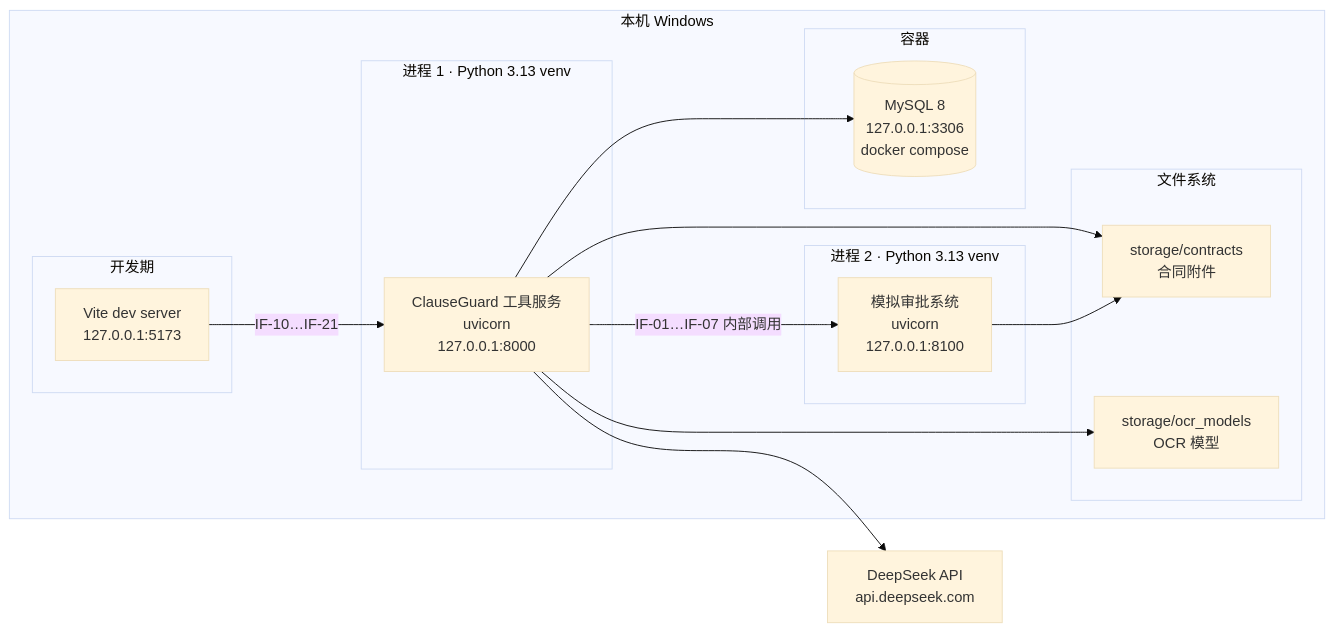
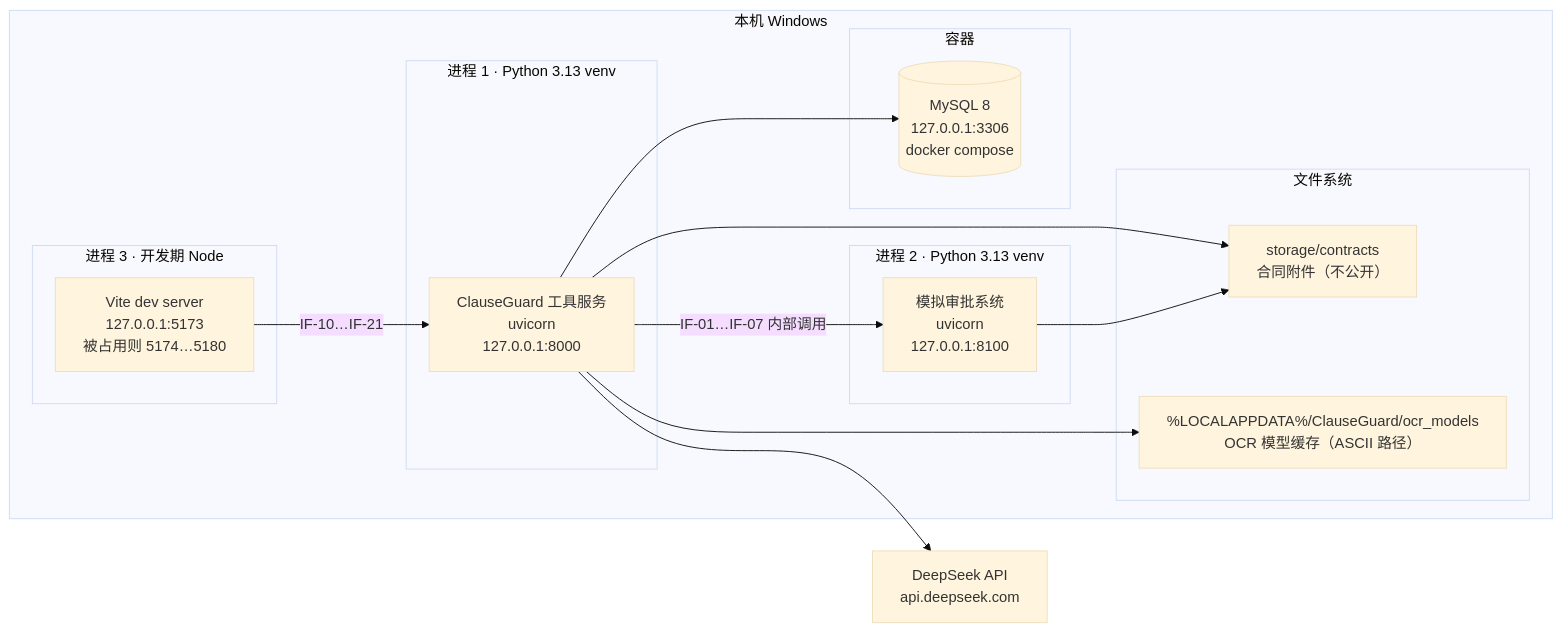
The second of 15 diagrams in docs/架构图.md (lihaozhen-max/ClauseGuard), drawn with Mermaid (base theme) before and after one commit. The commit also changed other lines of this file and 2 other files, not shown here.

First line of the commit message:
docs(架构): 架构图同步到 v1.1 —— 加"给小白"的讲解层 + 修正 7 处与代码脱节

````diff
--- a/docs/架构图.md
+++ b/docs/架构图.md
@@ -137,30 +235,30 @@
 ```mermaid
 flowchart LR
     subgraph HOST["本机 Windows"]
         subgraph P1["进程 1 · Python 3.13 venv"]
             A["ClauseGuard 工具服务<br/>uvicorn<br/>127.0.0.1:8000"]
         end
         subgraph P2["进程 2 · Python 3.13 venv"]
             B["模拟审批系统<br/>uvicorn<br/>127.0.0.1:8100"]
         end
-        subgraph P3["开发期"]
-            C["Vite dev server<br/>127.0.0.1:5173"]
+        subgraph P3["进程 3 · 开发期 Node"]
+            C["Vite dev server<br/>127.0.0.1:5173<br/>被占用则 5174…5180"]
         end
         subgraph P4["容器"]
             D[("MySQL 8<br/>127.0.0.1:3306<br/>docker compose")]
         end
         subgraph FS["文件系统"]
-            E["storage/contracts<br/>合同附件"]
-            F["storage/ocr_models<br/>OCR 模型"]
+            E["storage/contracts<br/>合同附件（不公开）"]
+            F["%LOCALAPPDATA%/ClauseGuard/ocr_models<br/>OCR 模型缓存（ASCII 路径）"]
         end
     end
     G["DeepSeek API<br/>api.deepseek.com"]
 
     C -->|"IF-10…IF-21"| A
     A -->|"IF-01…IF-07 内部调用"| B
     A --> D
     A --> E
     A --> F
     A --> G
     B --> E
 ```
````
